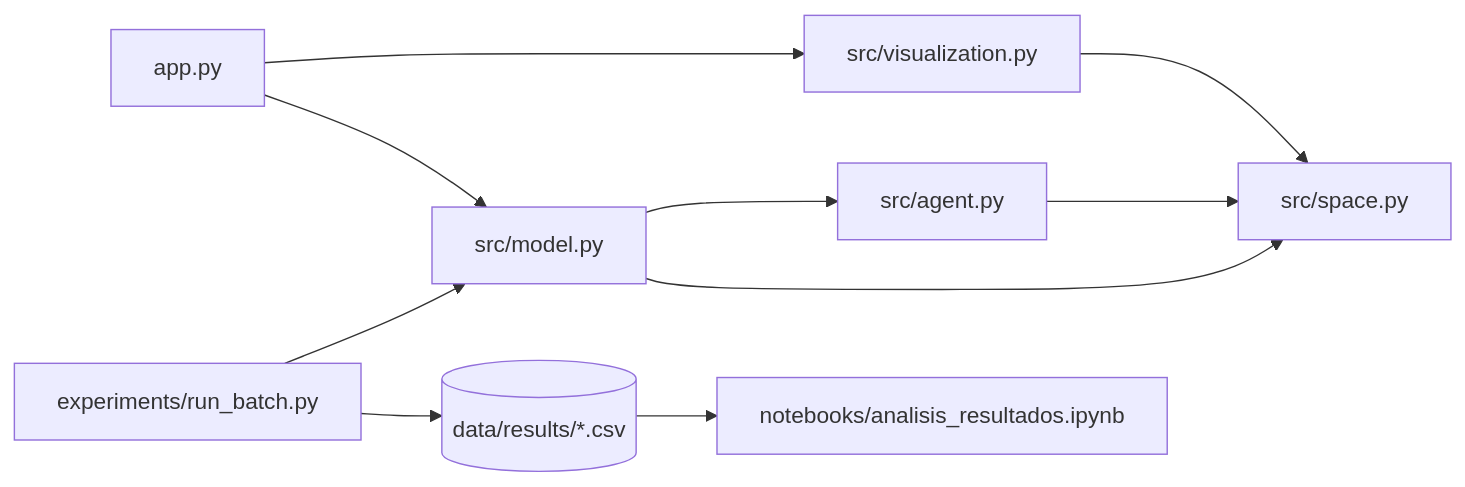
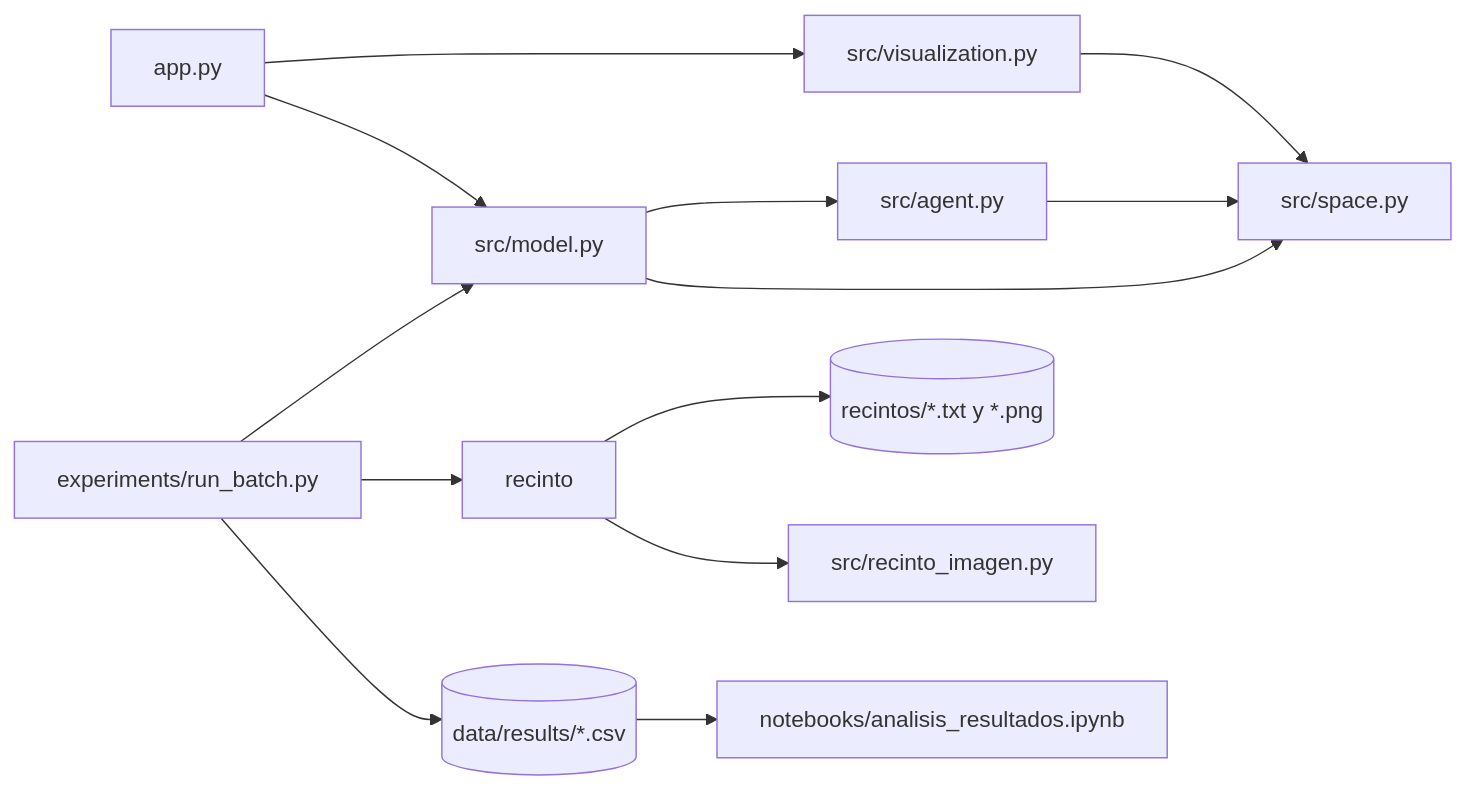
One commit to moragentil/aglomera changed the first of 4 diagrams in docs/arquitectura.md. Above: the diagram before and after it, drawn with Mermaid. The commit also changed other lines of this file and 11 other files, not shown here.

First line of the commit message:
Permite definir el recinto desde un plano de texto o una imagen dibujada

````diff
--- a/docs/arquitectura.md
+++ b/docs/arquitectura.md
@@ -9,12 +9,15 @@
 ```mermaid
 flowchart LR
     app["app.py"] --> viz["src/visualization.py"]
     app --> model["src/model.py"]
     model --> agent["src/agent.py"]
     model --> space["src/space.py"]
     agent --> space
     viz --> space
     batch["experiments/run_batch.py"] --> model
+    batch --> recinto
+    recinto --> planos[("recintos/*.txt y *.png")]
+    recinto --> rimg["src/recinto_imagen.py"]
     batch --> csv[("data/results/*.csv")]
     csv --> nb["notebooks/analisis_resultados.ipynb"]
 ```
````
